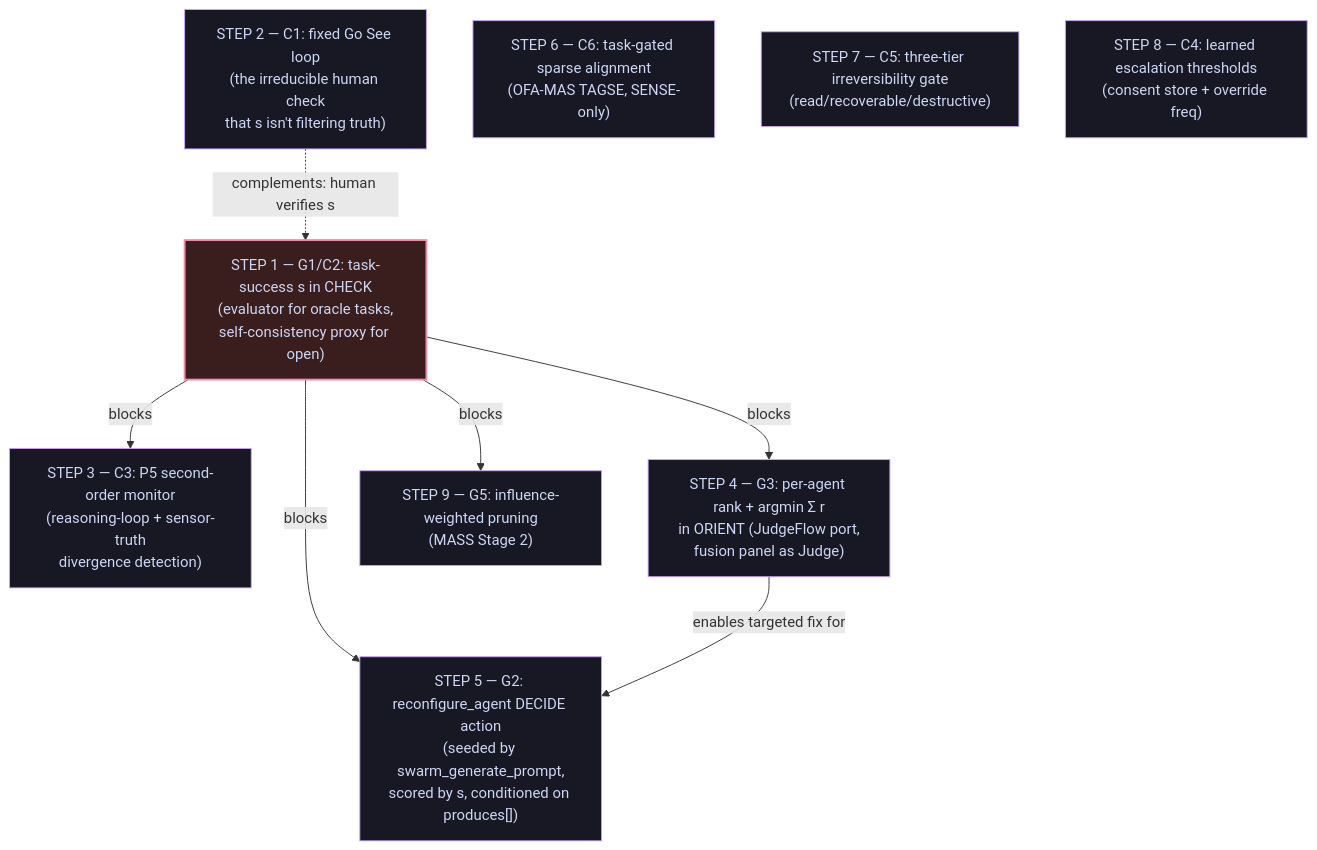
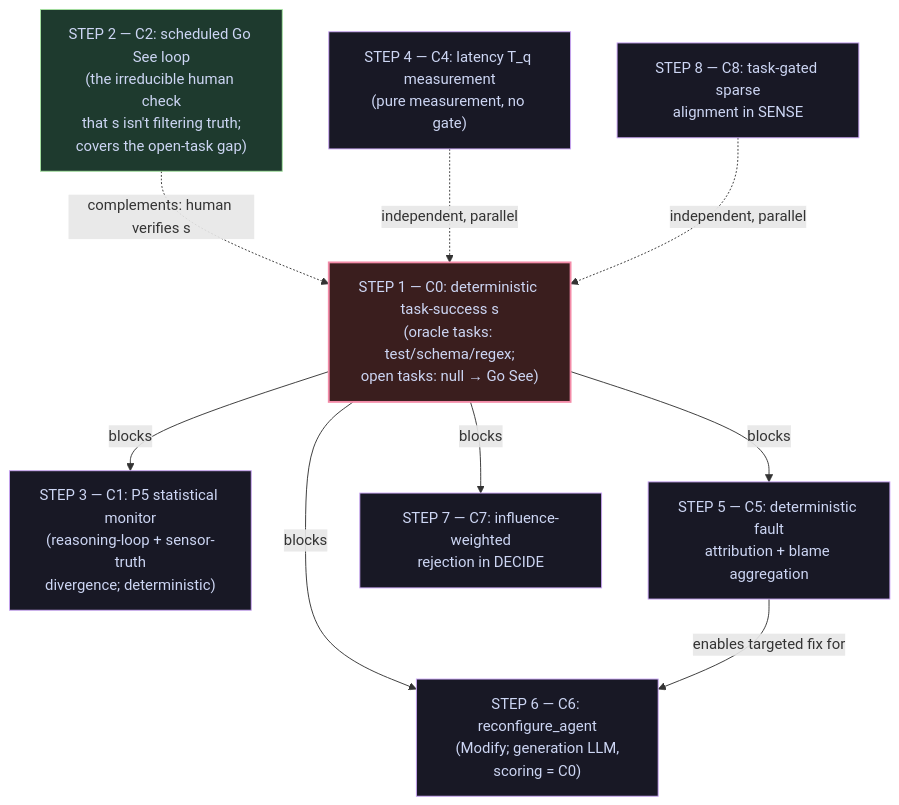
Before and after one commit to MO-AXO/zed-kask: the second of 3 diagrams in kask/docs/plans/cybernetic-swarm-plan.md, drawn with Mermaid. The commit also changed other lines of this file and 1 other file, not shown here.

````diff
--- a/kask/docs/plans/cybernetic-swarm-plan.md
+++ b/kask/docs/plans/cybernetic-swarm-plan.md
@@ -272,23 +571,24 @@
 ```mermaid
 flowchart TD
-  classDef done fill:#1e3a2e,stroke:#a6e3a1,color:#cdd6f4
   classDef block fill:#3a1e1e,stroke:#f38ba8,color:#cdd6f4,stroke-width:2px
   classDef step fill:#181825,stroke:#cba6f7,color:#cdd6f4
+  classDef human fill:#1e3a2e,stroke:#a6e3a1,color:#cdd6f4
 
-  G1["STEP 1 — G1/C2: task-success s in CHECK<br/>(evaluator for oracle tasks,<br/>self-consistency proxy for open)"]:::block
-  C1["STEP 2 — C1: fixed Go See loop<br/>(the irreducible human check<br/>that s isn't filtering truth)"]:::step
-  C3["STEP 3 — C3: P5 second-order monitor<br/>(reasoning-loop + sensor-truth<br/>divergence detection)"]:::step
-  G3["STEP 4 — G3: per-agent rank + argmin Σ r<br/>in ORIENT (JudgeFlow port,<br/>fusion panel as Judge)"]:::step
-  G2["STEP 5 — G2: reconfigure_agent DECIDE action<br/>(seeded by swarm_generate_prompt,<br/>scored by s, conditioned on produces[])"]:::step
-  C6["STEP 6 — C6: task-gated sparse alignment<br/>(OFA-MAS TAGSE, SENSE-only)"]:::step
-  C5["STEP 7 — C5: three-tier irreversibility gate<br/>(read/recoverable/destructive)"]:::step
-  C4["STEP 8 — C4: learned escalation thresholds<br/>(consent store + override freq)"]:::step
-  G5["STEP 9 — G5: influence-weighted pruning<br/>(MASS Stage 2)"]:::step
+  C0["STEP 1 — C0: deterministic task-success s<br/>(oracle tasks: test/schema/regex;<br/>open tasks: null → Go See)"]:::block
+  C2["STEP 2 — C2: scheduled Go See loop<br/>(the irreducible human check<br/>that s isn't filtering truth;<br/>covers the open-task gap)"]:::human
+  C1["STEP 3 — C1: P5 statistical monitor<br/>(reasoning-loop + sensor-truth<br/>divergence; deterministic)"]:::step
+  C4["STEP 4 — C4: latency T_q measurement<br/>(pure measurement, no gate)"]:::step
+  C5["STEP 5 — C5: deterministic fault<br/>attribution + blame aggregation"]:::step
+  C6["STEP 6 — C6: reconfigure_agent<br/>(Modify; generation LLM,<br/>scoring = C0)"]:::step
+  C7["STEP 7 — C7: influence-weighted<br/>rejection in DECIDE"]:::step
+  C8["STEP 8 — C8: task-gated sparse<br/>alignment in SENSE"]:::step
 
-  G1 -->|blocks| G2
-  G1 -->|blocks| G3
-  G1 -->|blocks| C3
-  G1 -->|blocks| G5
-  G3 -->|enables targeted fix for| G2
-  C1 -.->|complements: human verifies s| G1
+  C0 -->|blocks| C1
+  C0 -->|blocks| C5
+  C0 -->|blocks| C6
+  C0 -->|blocks| C7
+  C5 -->|enables targeted fix for| C6
+  C2 -.->|complements: human verifies s| C0
+  C4 -.->|independent, parallel| C0
+  C8 -.->|independent, parallel| C0
 ```
````
